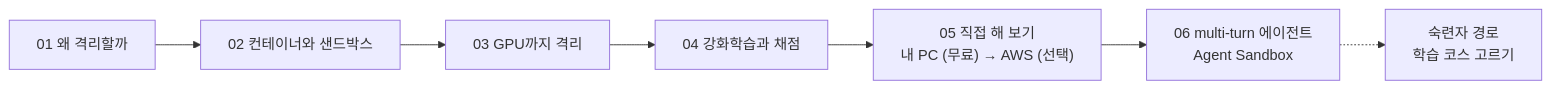
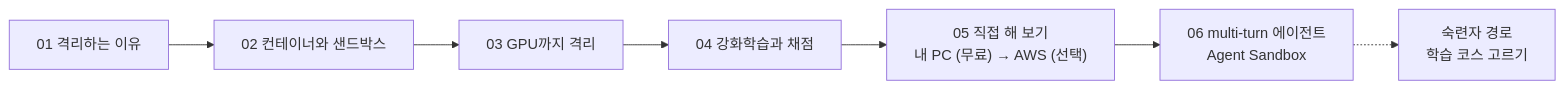
One commit to daekeun-ml/gpu-sandbox-on-aws changed the diagram in docs/beginner/index.md. Above: the diagram before and after it, drawn with Mermaid. The commit also changed other lines of this file and 171 other files, not shown here.

````diff
--- a/docs/beginner/index.md
+++ b/docs/beginner/index.md
@@ -33,9 +32,9 @@
 ```mermaid
 flowchart LR
-    A["01 왜 격리할까"] --> B["02 컨테이너와 샌드박스"]
+    A["01 격리하는 이유"] --> B["02 컨테이너와 샌드박스"]
     B --> C["03 GPU까지 격리"]
     C --> D["04 강화학습과 채점"]
     D --> E["05 직접 해 보기<br/>내 PC (무료) → AWS (선택)"]
     E --> G["06 multi-turn 에이전트<br/>Agent Sandbox"]
     G -.-> F["숙련자 경로<br/>학습 코스 고르기"]
 ```
````
